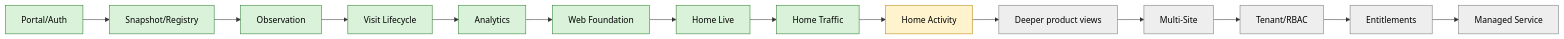
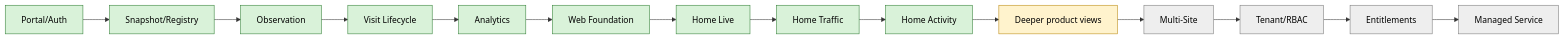
Before and after one commit to ZaurNavi/CaptivePortal: diagram 16 of 18 in README_RU.md, drawn with Mermaid. The commit also changed other lines of this file and 17 other files, not shown here.

Commit message:
docs: reconcile knowledge base after Home Activity rollout

````diff
--- a/README_RU.md
+++ b/README_RU.md
@@ -830,20 +837,20 @@
 ```mermaid
 flowchart LR
     P[Portal/Auth]:::done --> S[Snapshot/Registry]:::done
     S --> O[Observation]:::done
     O --> V[Visit Lifecycle]:::done
     V --> A[Analytics]:::done
     A --> W[Web Foundation]:::done
     W --> L[Home Live]:::done
     L --> T[Home Traffic]:::done
-    T --> HA[Home Activity]:::next
-    HA --> D[Deeper product views]:::future
+    T --> HA[Home Activity]:::done
+    HA --> D[Deeper product views]:::next
     D --> MS[Multi-Site]:::future
     MS --> TN[Tenant/RBAC]:::future
     TN --> E[Entitlements]:::future
     E --> M[Managed Service]:::future
 
     classDef done fill:#d9f2d9,stroke:#2e7d32,color:#000;
     classDef next fill:#fff3cd,stroke:#b8860b,color:#000;
     classDef future fill:#eeeeee,stroke:#777,color:#000;
 ```
````
